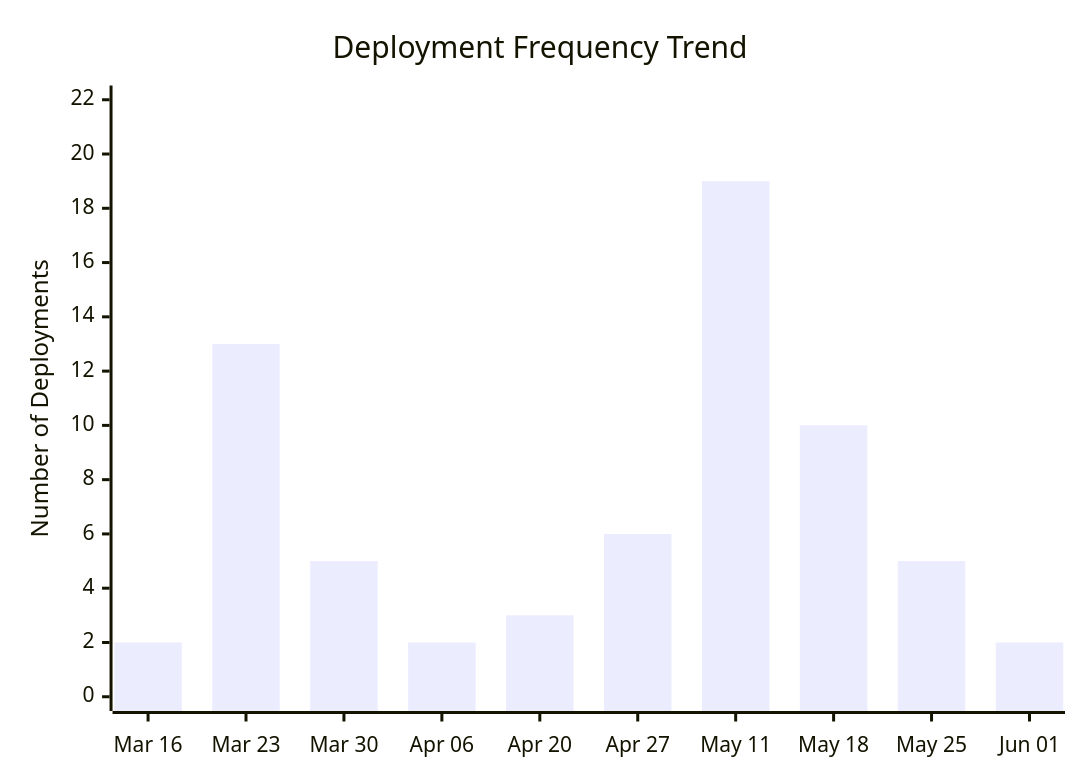
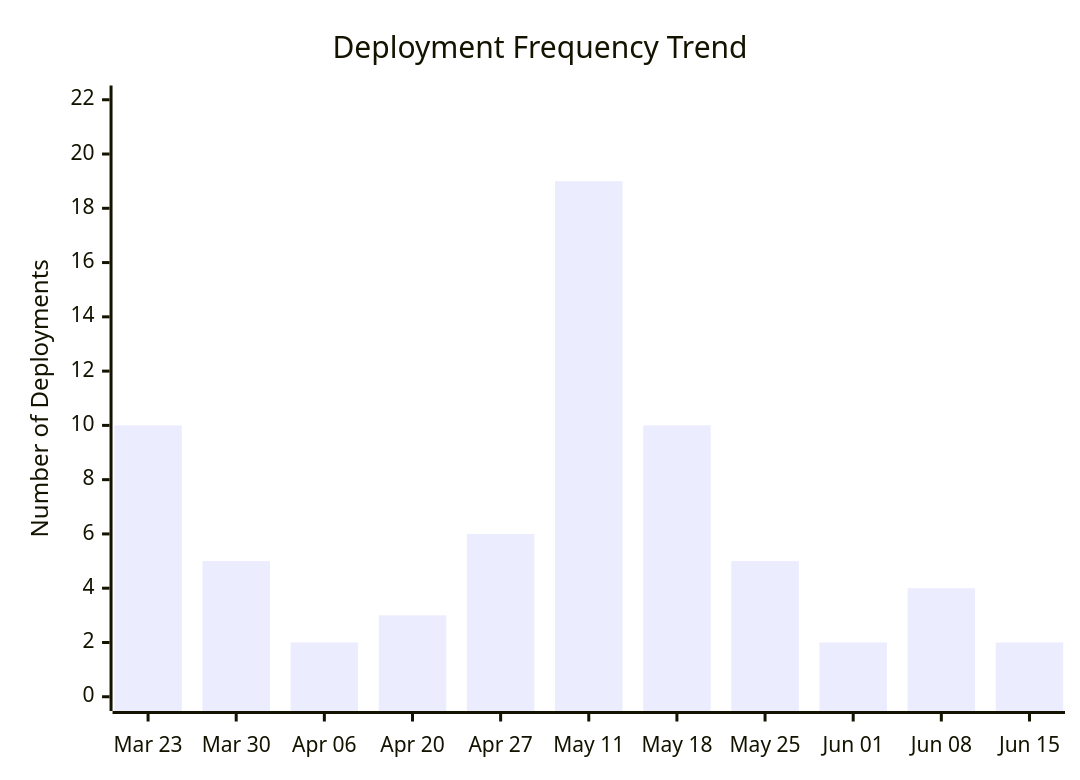
The third of 4 diagrams in docs/ci-cd/dora-summary.md (ukma-cs-ssdm-2025/rate-ukma), drawn with Mermaid before and after one commit. The commit also changed other lines of this file, not shown here.

````diff
--- a/docs/ci-cd/dora-summary.md
+++ b/docs/ci-cd/dora-summary.md
@@ -52,7 +54,7 @@
 ```mermaid
 xychart-beta
     title "Deployment Frequency Trend"
-    x-axis ["Mar 16", "Mar 23", "Mar 30", "Apr 06", "Apr 20", "Apr 27", "May 11", "May 18", "May 25", "Jun 01"]
+    x-axis ["Mar 23", "Mar 30", "Apr 06", "Apr 20", "Apr 27", "May 11", "May 18", "May 25", "Jun 01", "Jun 08", "Jun 15"]
     y-axis "Number of Deployments" 0 --> 22
-    bar [2.00, 13.00, 5.00, 2.00, 3.00, 6.00, 19.00, 10.00, 5.00, 2.00]
+    bar [10.00, 5.00, 2.00, 3.00, 6.00, 19.00, 10.00, 5.00, 2.00, 4.00, 2.00]
 ```
````
